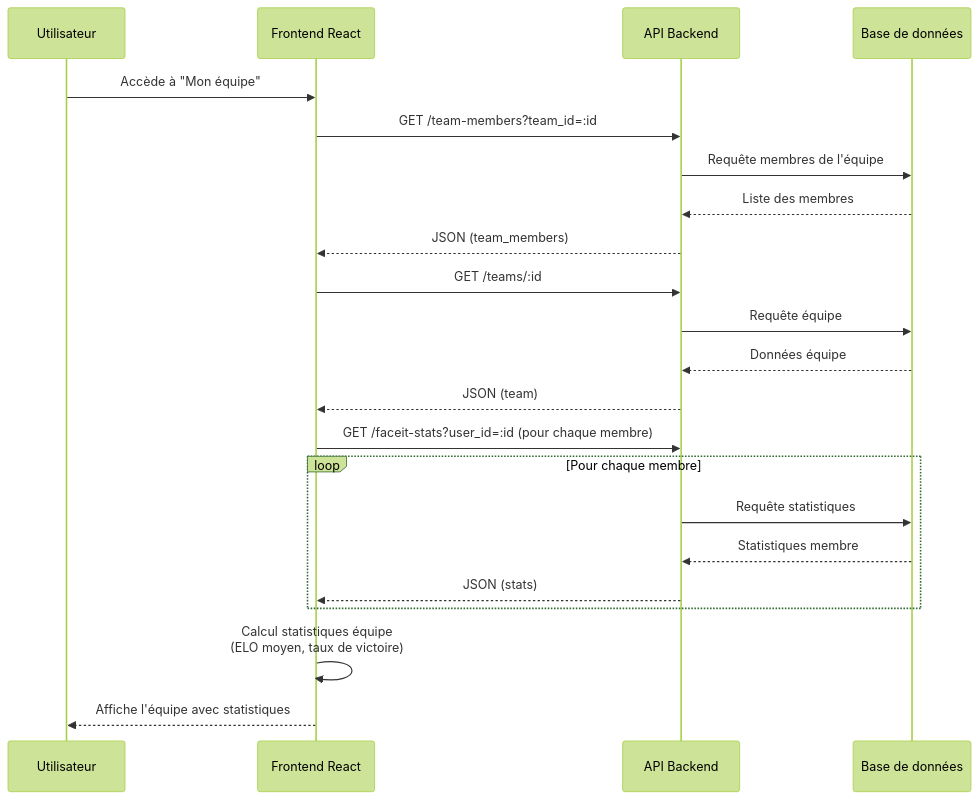
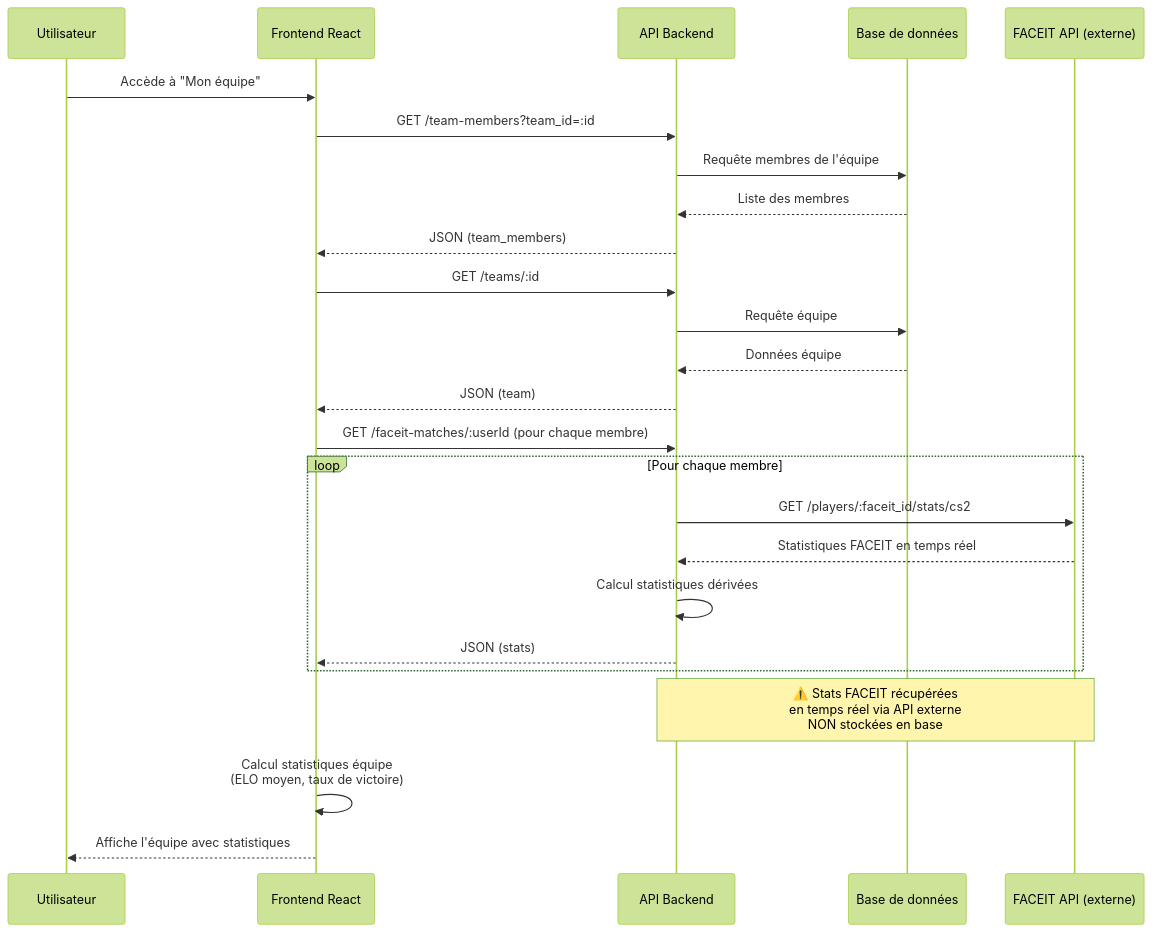
One commit to kenant68/Find-It changed the diagram in apps/documentation/sequences/team.mmd. Above: the diagram before and after it, drawn with Mermaid (forest theme). The commit also changed 6 other files, not shown here.

```diff
--- a/apps/documentation/sequences/team.mmd
+++ b/apps/documentation/sequences/team.mmd
@@ -1,26 +1,30 @@
 sequenceDiagram
     participant User as Utilisateur
     participant Frontend as Frontend React
     participant API as API Backend
     participant DB as Base de données
+    participant Faceit as FACEIT API (externe)
 
     User->>Frontend: Accède à "Mon équipe"
     Frontend->>API: GET /team-members?team_id=:id
     API->>DB: Requête membres de l'équipe
     DB-->>API: Liste des membres
     API-->>Frontend: JSON (team_members)
     
     Frontend->>API: GET /teams/:id
     API->>DB: Requête équipe
     DB-->>API: Données équipe
     API-->>Frontend: JSON (team)
     
-    Frontend->>API: GET /faceit-stats?user_id=:id (pour chaque membre)
+    Frontend->>API: GET /faceit-matches/:userId (pour chaque membre)
     loop Pour chaque membre
-        API->>DB: Requête statistiques
-        DB-->>API: Statistiques membre
+        API->>Faceit: GET /players/:faceit_id/stats/cs2
+        Faceit-->>API: Statistiques FACEIT en temps réel
+        API->>API: Calcul statistiques dérivées
         API-->>Frontend: JSON (stats)
     end
+
+    Note over API,Faceit: ⚠️ Stats FACEIT récupérées<br/>en temps réel via API externe<br/>NON stockées en base
     
     Frontend->>Frontend: Calcul statistiques équipe<br/>(ELO moyen, taux de victoire)
     Frontend-->>User: Affiche l'équipe avec statistiques
```
